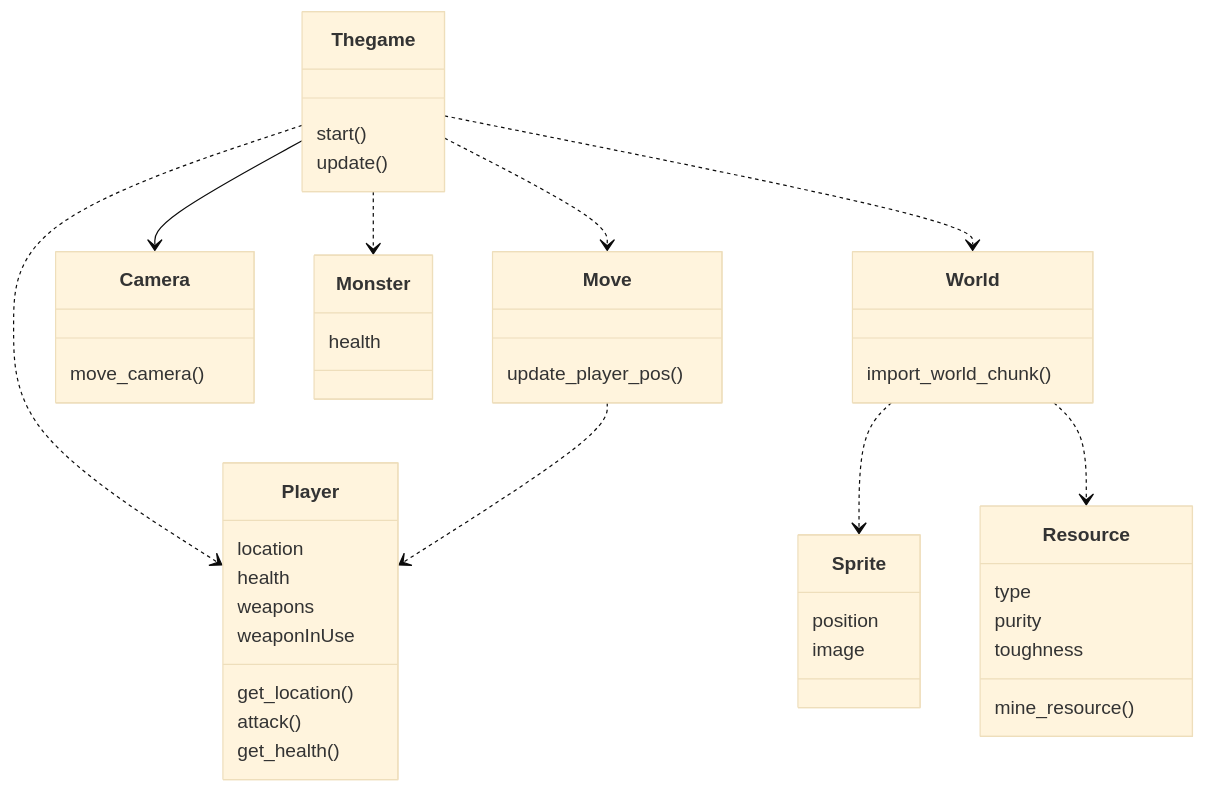
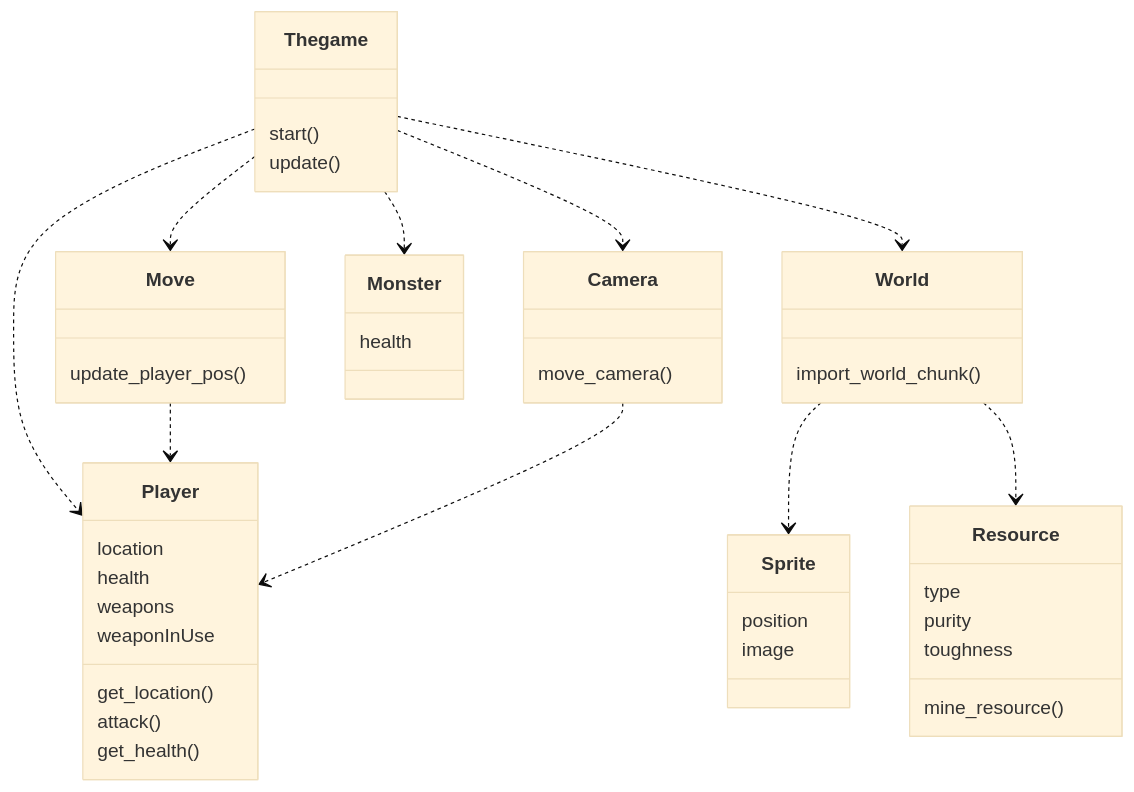
One commit to VehvilainenPooki/OTProjekti changed the diagram in Payload_adventure_game/Documentation/Arkkitehtuurikuvaus.md. Above: the diagram before and after it, drawn with Mermaid (base theme).

````diff
--- a/Payload_adventure_game/Documentation/Arkkitehtuurikuvaus.md
+++ b/Payload_adventure_game/Documentation/Arkkitehtuurikuvaus.md
@@ -1,46 +1,47 @@
 ```mermaid
  classDiagram
       class Player{
           location
           health
           weapons
           weaponInUse
           get_location()
           attack()
           get_health()
       }
       class Move{
           update_player_pos()
       }
       class Camera{
           move_camera()
       }
       class Monster{
           health
       }
       class World{
           import_world_chunk()
       }
       class Sprite{
           position
           image
       }
       class Resource{
           type
           purity
           toughness
           mine_resource()
       }
       class Thegame{
           start()
           update()
       }
       Thegame ..> Player
       Thegame ..> Move
       Thegame ..> Monster
       Thegame ..> World
       Move ..> Player
       World ..> Sprite
       World ..> Resource
-      Thegame --> Camera
+      Thegame ..> Camera
+      Camera ..> Player
 ```
````
